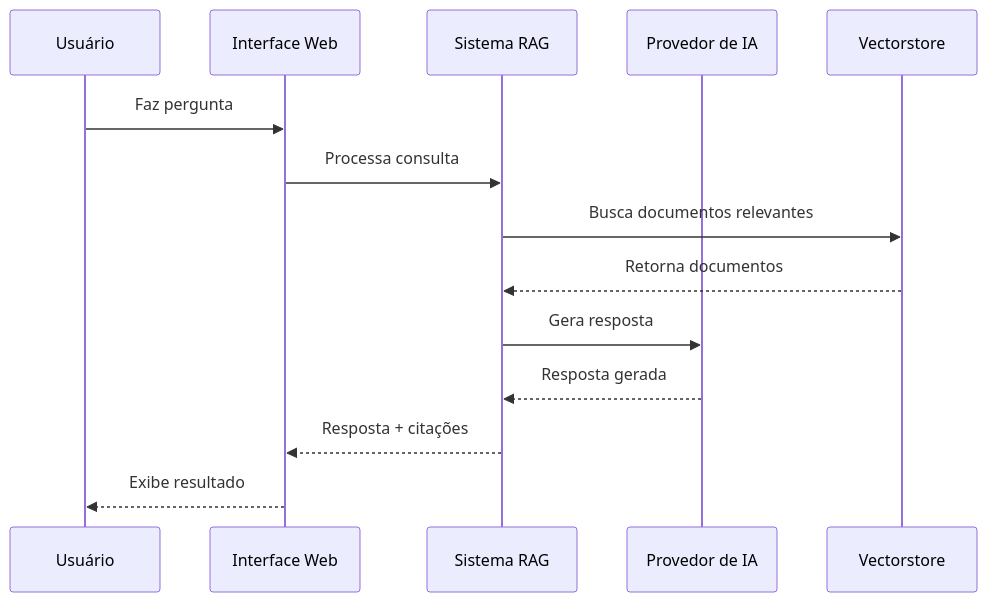
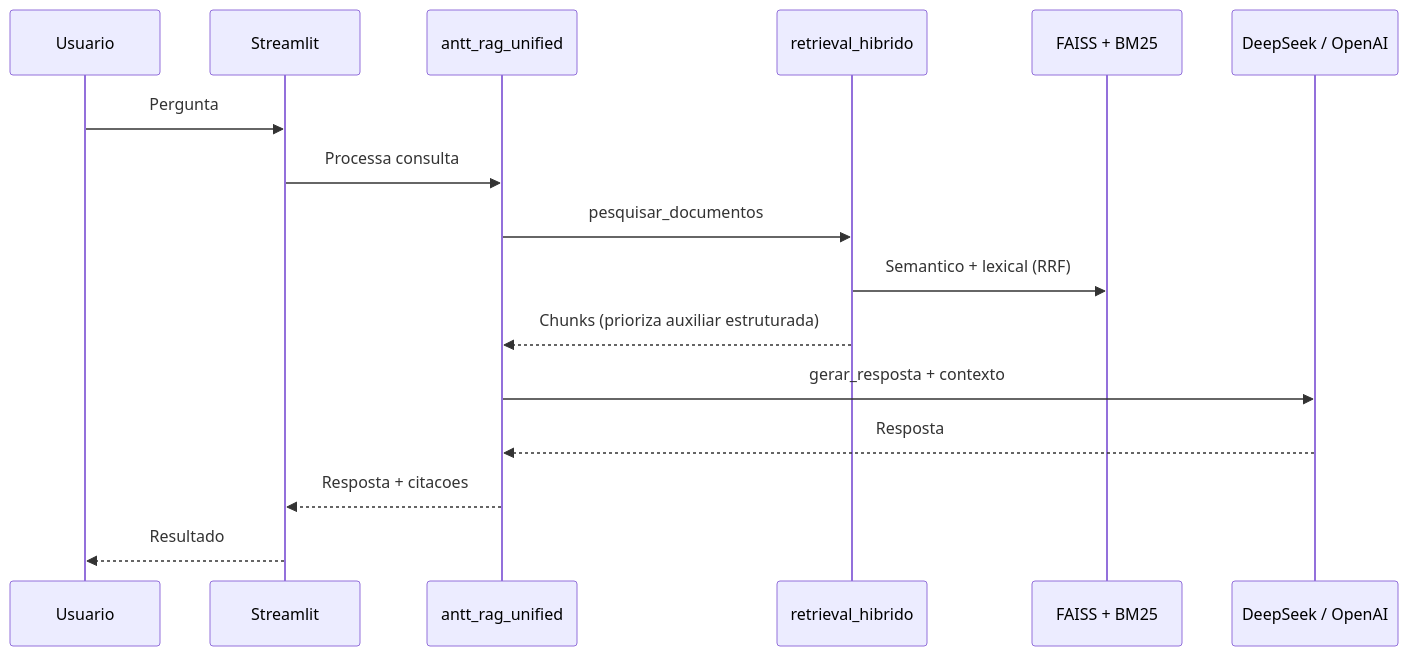
Before and after one commit to romulobrito/RAG-ANTT: the second of 2 diagrams in README.md, drawn with Mermaid. The commit also changed other lines of this file and 5 other files, not shown here.

````diff
--- a/README.md
+++ b/README.md
@@ -90,17 +106,19 @@
 ```mermaid
 sequenceDiagram
-    participant User as Usuário
-    participant UI as Interface Web
-    participant RAG as Sistema RAG
-    participant LLM as Provedor de IA
-    participant VS as Vectorstore
+    participant User as Usuario
+    participant UI as Streamlit
+    participant RAG as antt_rag_unified
+    participant Ret as retrieval_hibrido
+    participant VS as FAISS + BM25
+    participant LLM as DeepSeek / OpenAI
 
-    User->>UI: Faz pergunta
+    User->>UI: Pergunta
     UI->>RAG: Processa consulta
-    RAG->>VS: Busca documentos relevantes
-    VS-->>RAG: Retorna documentos
-    RAG->>LLM: Gera resposta
-    LLM-->>RAG: Resposta gerada
-    RAG-->>UI: Resposta + citações
-    UI-->>User: Exibe resultado
+    RAG->>Ret: pesquisar_documentos
+    Ret->>VS: Semantico + lexical (RRF)
+    Ret-->>RAG: Chunks (prioriza auxiliar estruturada)
+    RAG->>LLM: gerar_resposta + contexto
+    LLM-->>RAG: Resposta
+    RAG-->>UI: Resposta + citacoes
+    UI-->>User: Resultado
 ```
````
